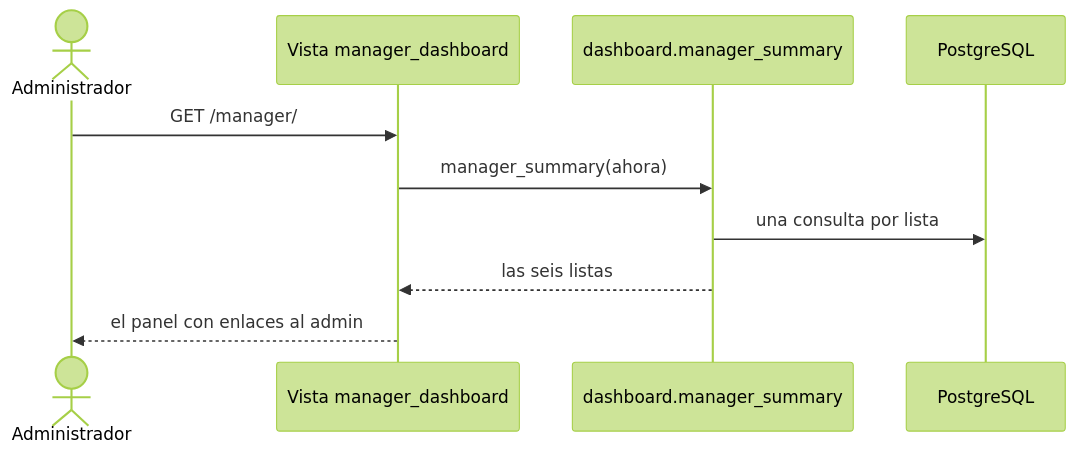
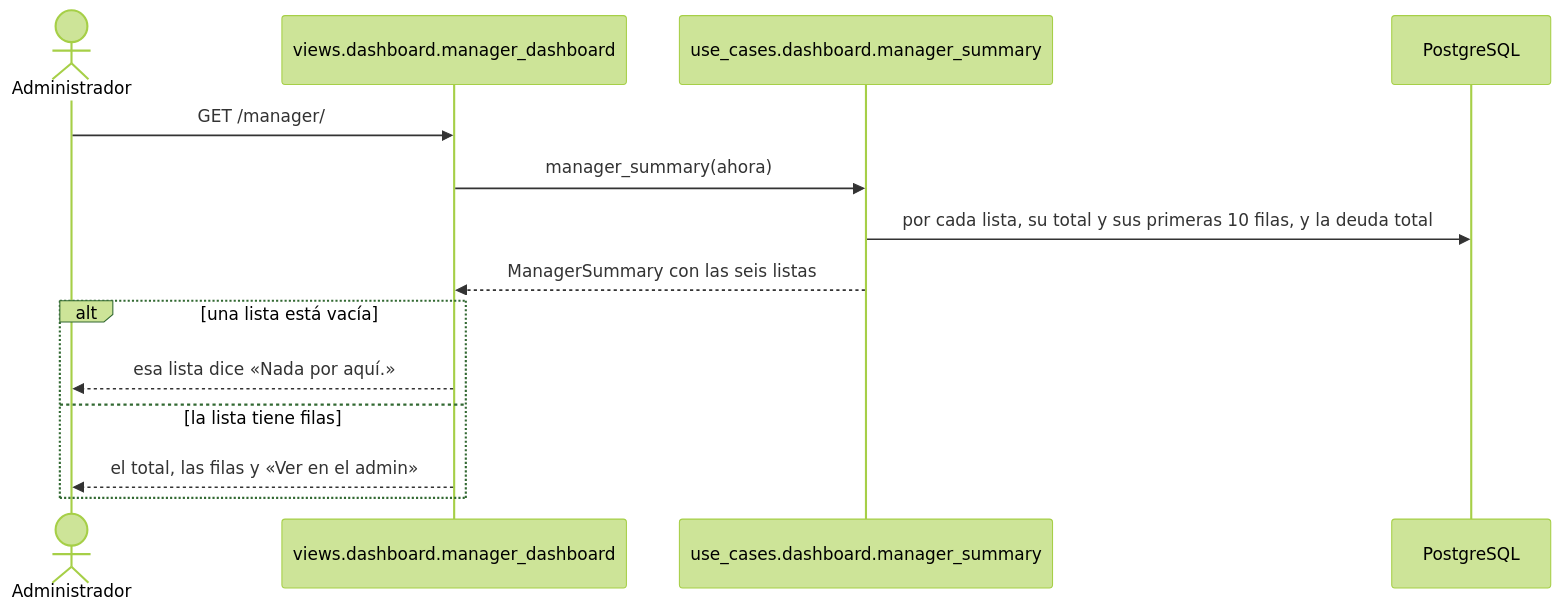
One commit to peterteranb/astra-rent-system changed diagram 16 of 17 in docs/casos-de-uso.md. Above: the diagram before and after it, drawn with Mermaid (forest theme). The commit also changed other lines of this file and 12 other files, not shown here.

Commit message:
docs: final docs index, decisions and checked sequence diagrams

````diff
--- a/docs/casos-de-uso.md
+++ b/docs/casos-de-uso.md
@@ -609,12 +738,16 @@
 ```mermaid
 sequenceDiagram
     actor A as Administrador
-    participant V as Vista manager_dashboard
-    participant U as dashboard.manager_summary
+    participant V as views.dashboard.manager_dashboard
+    participant U as use_cases.dashboard.manager_summary
     participant BD as PostgreSQL
     A->>V: GET /manager/
     V->>U: manager_summary(ahora)
-    U->>BD: una consulta por lista
-    U-->>V: las seis listas
-    V-->>A: el panel con enlaces al admin
+    U->>BD: por cada lista, su total y sus primeras 10 filas, y la deuda total
+    U-->>V: ManagerSummary con las seis listas
+    alt una lista está vacía
+        V-->>A: esa lista dice «Nada por aquí.»
+    else la lista tiene filas
+        V-->>A: el total, las filas y «Ver en el admin»
+    end
 ```
````
